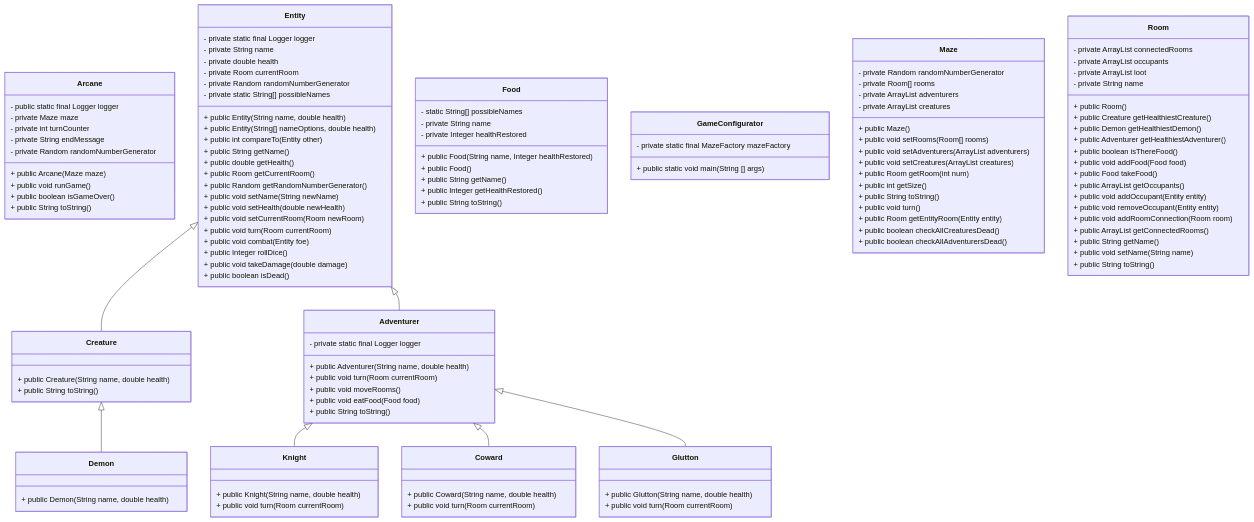
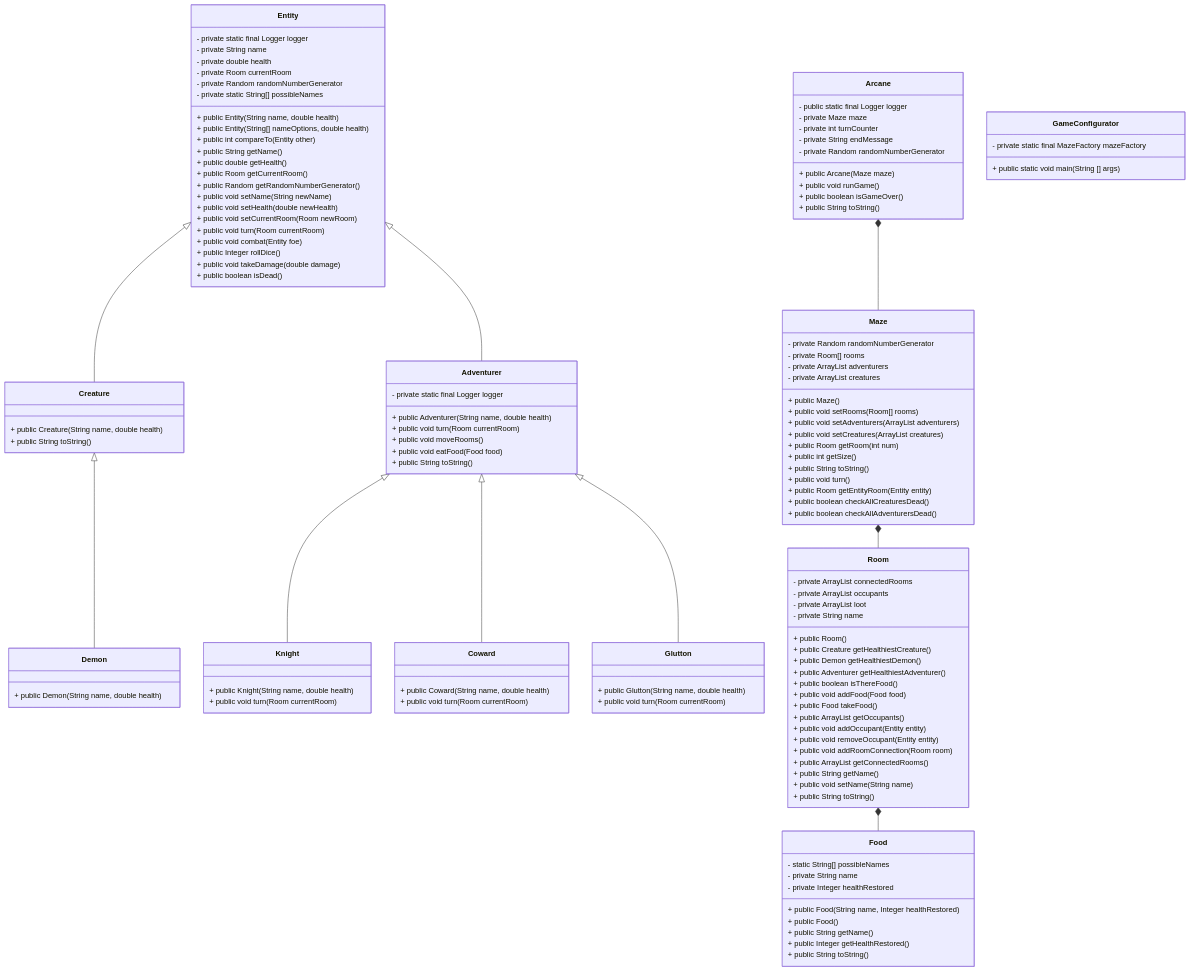
Before and after one commit to jonathancsci/csci4448-arcane-game: the diagram in README.md, drawn with Mermaid.

Commit message:
Added composition relationships

````diff
--- a/README.md
+++ b/README.md
@@ -135,4 +135,7 @@
     Adventurer <|-- Coward
     Adventurer <|-- Glutton
     Creature <|-- Demon
+    Arcane *-- Maze
+    Maze *-- Room
+    Room *-- Food
 ```
````
